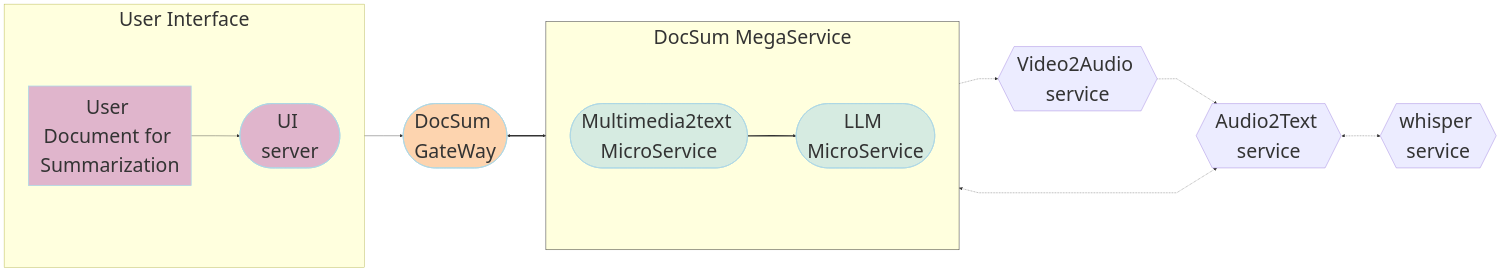
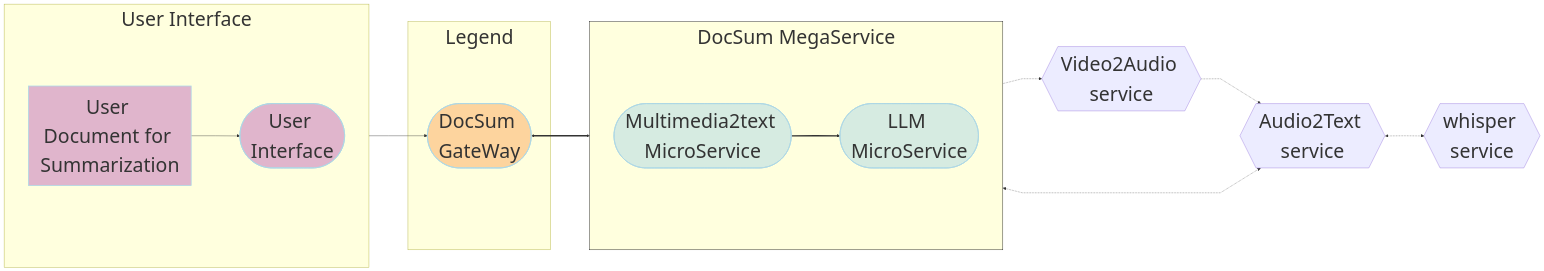
Before and after one commit to opea-project/GenAIExamples: the diagram in DocSum/README.md, drawn with Mermaid.

Commit message:
update read me file

````diff
--- a/DocSum/README.md
+++ b/DocSum/README.md
@@ -110,55 +110,58 @@
 ```mermaid
 ---
 config:
   flowchart:
     nodeSpacing: 400
     rankSpacing: 100
     curve: linear
   themeVariables:
     fontSize: 50px
 ---
 flowchart LR
     %% Colors %%
     classDef blue fill:#ADD8E6,stroke:#ADD8E6,stroke-width:2px,fill-opacity:0.5
     classDef orange fill:#FBAA60,stroke:#ADD8E6,stroke-width:2px,fill-opacity:0.5
     classDef orchid fill:#C26DBC,stroke:#ADD8E6,stroke-width:2px,fill-opacity:0.5
     classDef invisible fill:transparent,stroke:transparent;
     style DocSum-MegaService stroke:#000000
 
 
 
     %% Subgraphs %%
     subgraph DocSum-MegaService["DocSum MegaService "]
         direction LR
         M2T([Multimedia2text MicroService]):::blue
         LLM([LLM MicroService]):::blue
     end
     subgraph UserInterface[" User Interface "]
         direction LR
         a([User Input Query]):::orchid
         UI([UI server<br>]):::orchid
     end
 
 
     A2T_SRV{{Audio2Text service<br>}}
     V2A_SRV{{Video2Audio service<br>}}
     WSP_SRV{{whisper service<br>}}
     GW([DocSum GateWay<br>]):::orange
 
 
     %% Questions interaction
     direction LR
     a[User Document for Summarization] --> UI
     UI --> GW
     GW <==> DocSum-MegaService
     M2T ==> LLM
     
     %% Embedding service flow
     direction LR
     M2T .-> V2A_SRV
     M2T <-.-> A2T_SRV <-.-> WSP_SRV
     V2A_SRV .-> A2T_SRV 
     
-
+    subgraph Legend[" Legend "]
+        UI([User Interface])
+        GW([DocSum GateWay])    
+    end
 
 ```
````
